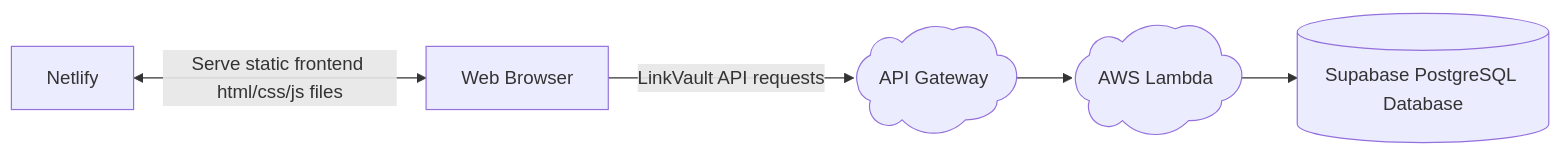
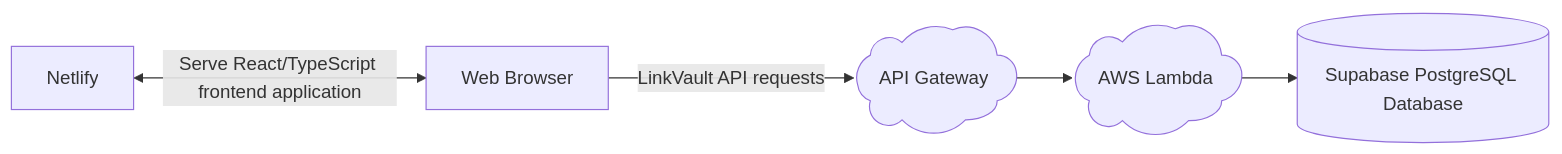
One commit to bmokrytz/LinkVault changed the first of 2 diagrams in README.md. Above: the diagram before and after it, drawn with Mermaid. The commit also changed other lines of this file, not shown here.

````diff
--- a/README.md
+++ b/README.md
@@ -23,10 +23,10 @@
 ```mermaid
 flowchart LR
     C@{ shape: cloud, label: "API Gateway"}
     L@{ shape: cloud, label: "AWS Lambda"}
 
-    Frontend_Server[Netlify] <-- Serve static frontend html/css/js files --> Client[Web Browser]
+    Frontend_Server[Netlify] <-- Serve React/TypeScript frontend application --> Client[Web Browser]
     Client[Web Browser] -- LinkVault API requests --> C
     C --> L
     L --> DB[(Supabase PostgreSQL Database)]
 ```
````
